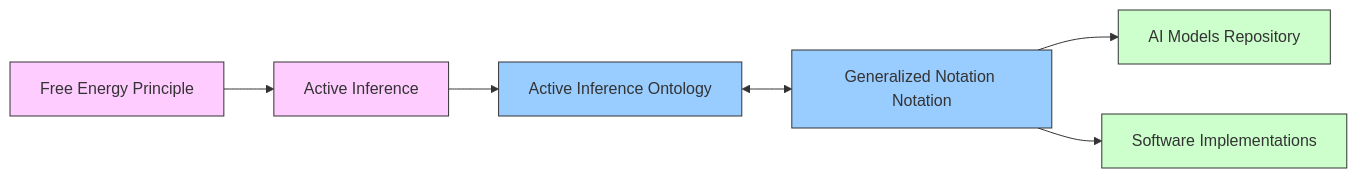
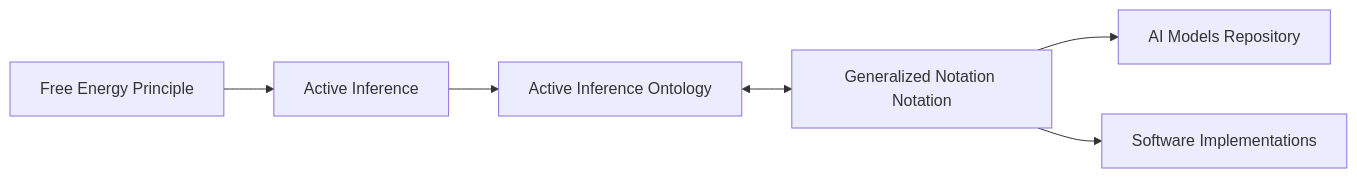
Before and after one commit to ActiveInferenceInstitute/GeneralizedNotationNotation: the fourth of 4 diagrams in doc/gnn/gnn_overview.md, drawn with Mermaid. The commit also changed other lines of this file and 1845 other files, not shown here.

````diff
--- a/doc/gnn/gnn_overview.md
+++ b/doc/gnn/gnn_overview.md
@@ -144,23 +130,15 @@
 ```mermaid
 graph LR
     AI[Active Inference]
     FEP[Free Energy Principle]
     AIO[Active Inference Ontology]
     GNN[Generalized Notation Notation]
     AIMOD[AI Models Repository]
     SOFT[Software Implementations]
     
     FEP --> AI
     AI --> AIO
     AIO <--> GNN
     GNN --> AIMOD
     GNN --> SOFT
-    
-    classDef theory fill:#fcf,stroke:#333,stroke-width:1px;
-    classDef tools fill:#9cf,stroke:#333,stroke-width:1px;
-    classDef impl fill:#cfc,stroke:#333,stroke-width:1px;
-    
-    class FEP,AI theory;
-    class AIO,GNN tools;
-    class AIMOD,SOFT impl;
 ```
````
